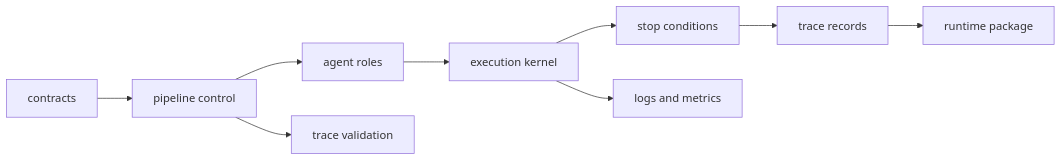
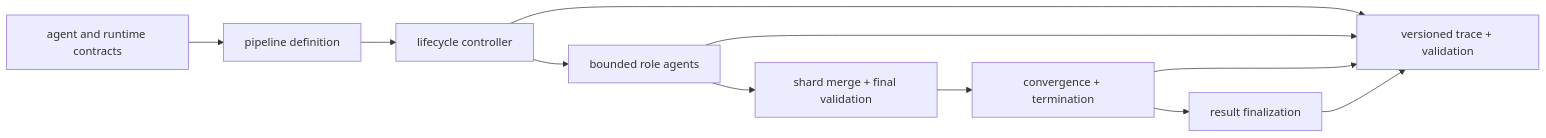
The first of 2 diagrams in docs/05-bijux-canon-agent/architecture/index.md (bijux/bijux-canon), drawn with Mermaid before and after one commit. The commit also changed other lines of this file and 3 other files, not shown here.

Commit message:
docs(agent): expose orchestration and trace semantics

````diff
--- a/docs/05-bijux-canon-agent/architecture/index.md
+++ b/docs/05-bijux-canon-agent/architecture/index.md
@@ -21,16 +19,17 @@
 ```mermaid
 flowchart LR
-    contracts["contracts"]
-    pipeline["pipeline control"]
-    roles["agent roles"]
-    kernel["execution kernel"]
-    convergence["stop conditions"]
-    traces["trace records"]
-    validation["trace validation"]
-    observability["logs and metrics"]
-    runtime["runtime package"]
+    contracts["agent and runtime contracts"]
+    definition["pipeline definition"]
+    controller["lifecycle controller"]
+    roles["bounded role agents"]
+    merge["shard merge + final validation"]
+    convergence["convergence + termination"]
+    results["result finalization"]
+    trace["versioned trace + validation"]
 
-    contracts --> pipeline --> roles --> kernel --> convergence --> traces --> runtime
-    pipeline --> validation
-    kernel --> observability
+    contracts --> definition --> controller --> roles --> merge --> convergence --> results
+    controller --> trace
+    roles --> trace
+    convergence --> trace
+    results --> trace
 ```
````
